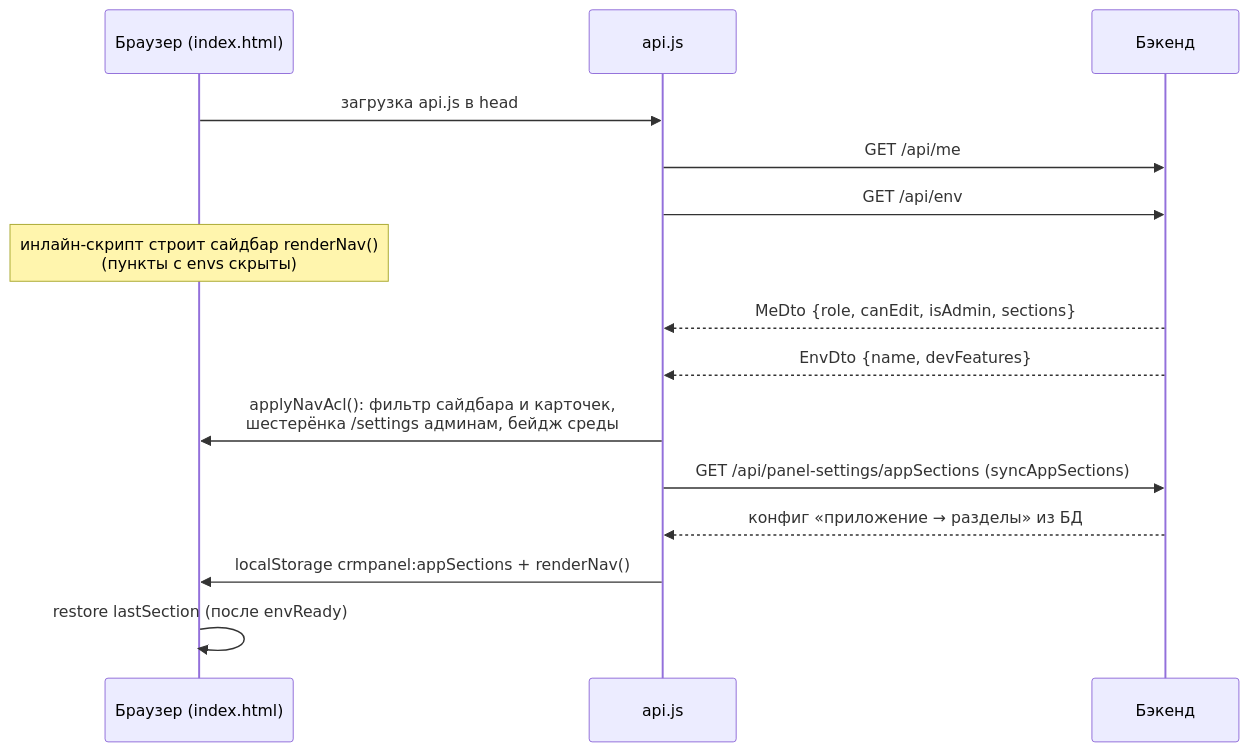
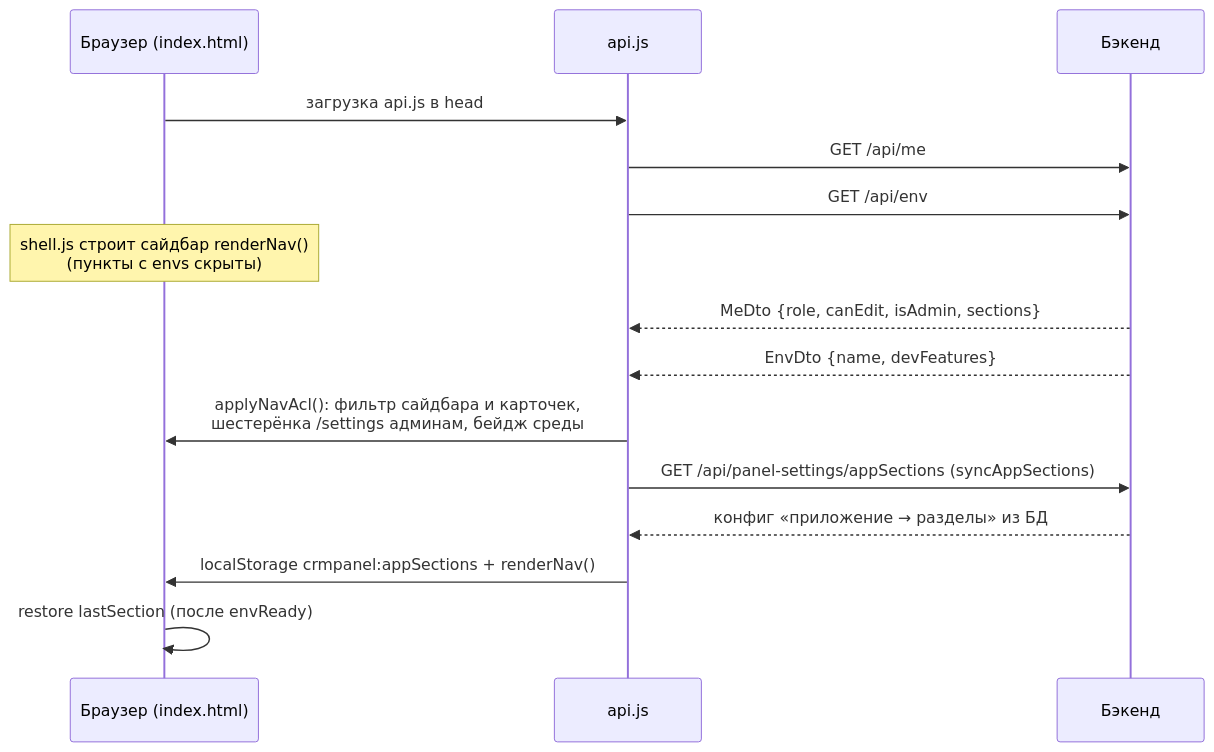
The diagram in crm-admin/docs/Frontend/Обзор фронтенда.md (AlexRaisky/crm.banki.ru), drawn with Mermaid before and after one commit. The commit also changed other lines of this file and 20 other files, not shown here.

````diff
--- a/crm-admin/docs/Frontend/Обзор фронтенда.md
+++ b/crm-admin/docs/Frontend/Обзор фронтенда.md
@@ -41,17 +53,17 @@
 ```mermaid
 sequenceDiagram
     participant B as Браузер (index.html)
     participant A as api.js
     participant S as Бэкенд
     B->>A: загрузка api.js в head
     A->>S: GET /api/me
     A->>S: GET /api/env
-    Note over B: инлайн-скрипт строит сайдбар renderNav()<br/>(пункты с envs скрыты)
+    Note over B: shell.js строит сайдбар renderNav()<br/>(пункты с envs скрыты)
     S-->>A: MeDto {role, canEdit, isAdmin, sections}
     S-->>A: EnvDto {name, devFeatures}
     A->>B: applyNavAcl(): фильтр сайдбара и карточек,<br/>шестерёнка /settings админам, бейдж среды
     A->>S: GET /api/panel-settings/appSections (syncAppSections)
     S-->>A: конфиг «приложение → разделы» из БД
     A->>B: localStorage crmpanel:appSections + renderNav()
     B->>B: restore lastSection (после envReady)
 ```
````
